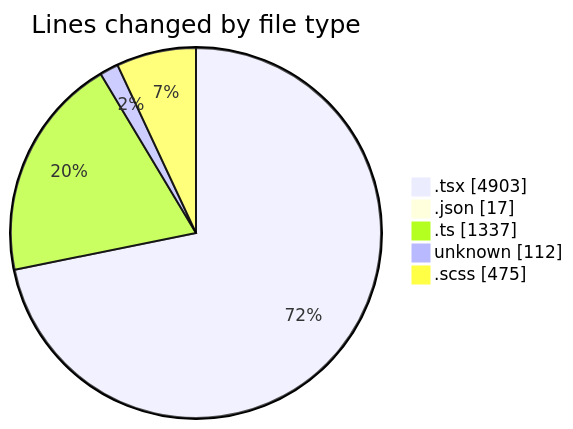
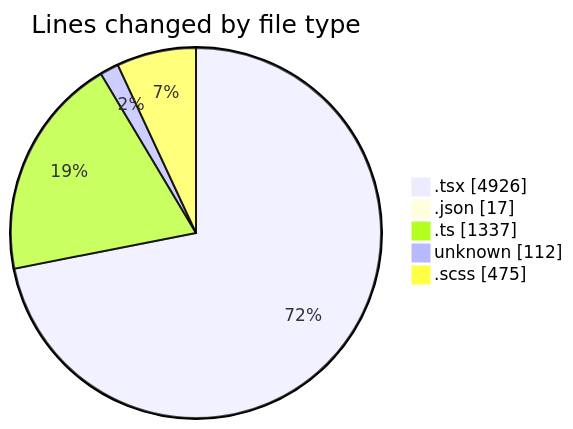
The first of 2 diagrams in 2026-04-30/cda/README.md (momahboobian/code-tracking), drawn with Mermaid before and after one commit. The commit also changed other lines of this file and 1 other file, not shown here.

````diff
--- a/2026-04-30/cda/README.md
+++ b/2026-04-30/cda/README.md
@@ -69,9 +69,9 @@
 ```mermaid
 pie showData
 title Lines changed by file type
-".tsx" : 4903
+".tsx" : 4926
 ".json" : 17
 ".ts" : 1337
 "unknown" : 112
 ".scss" : 475
 ```
````
